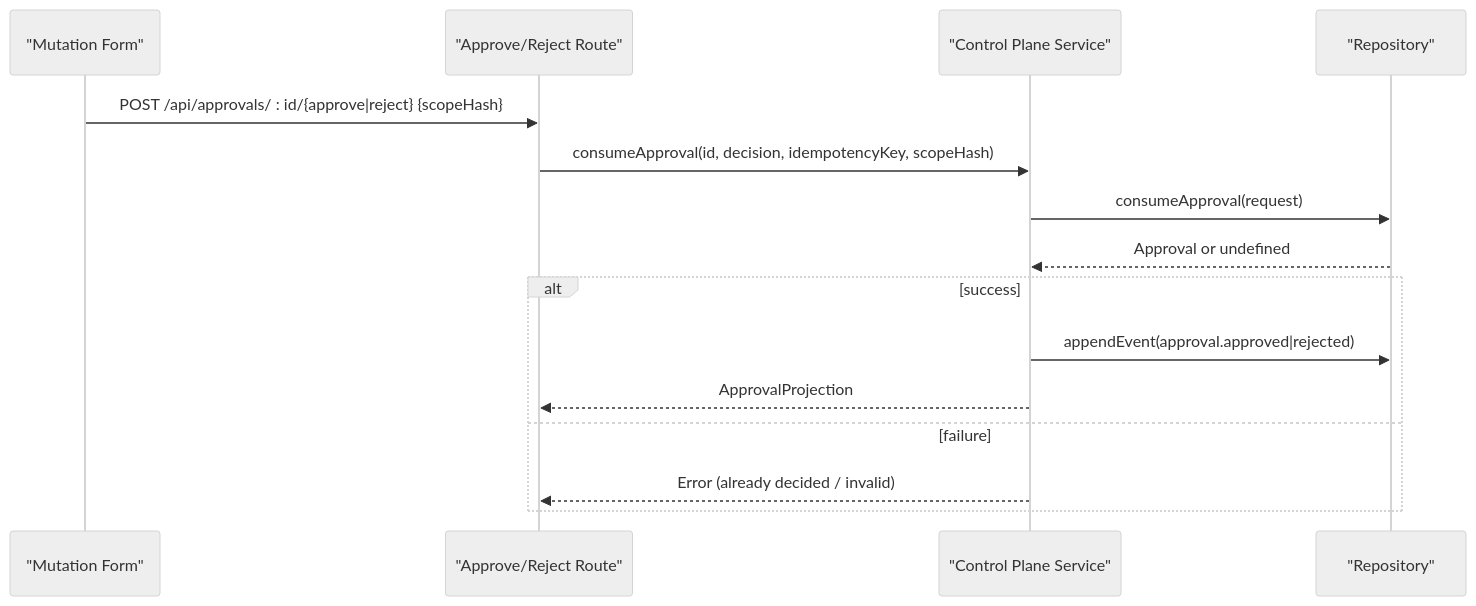
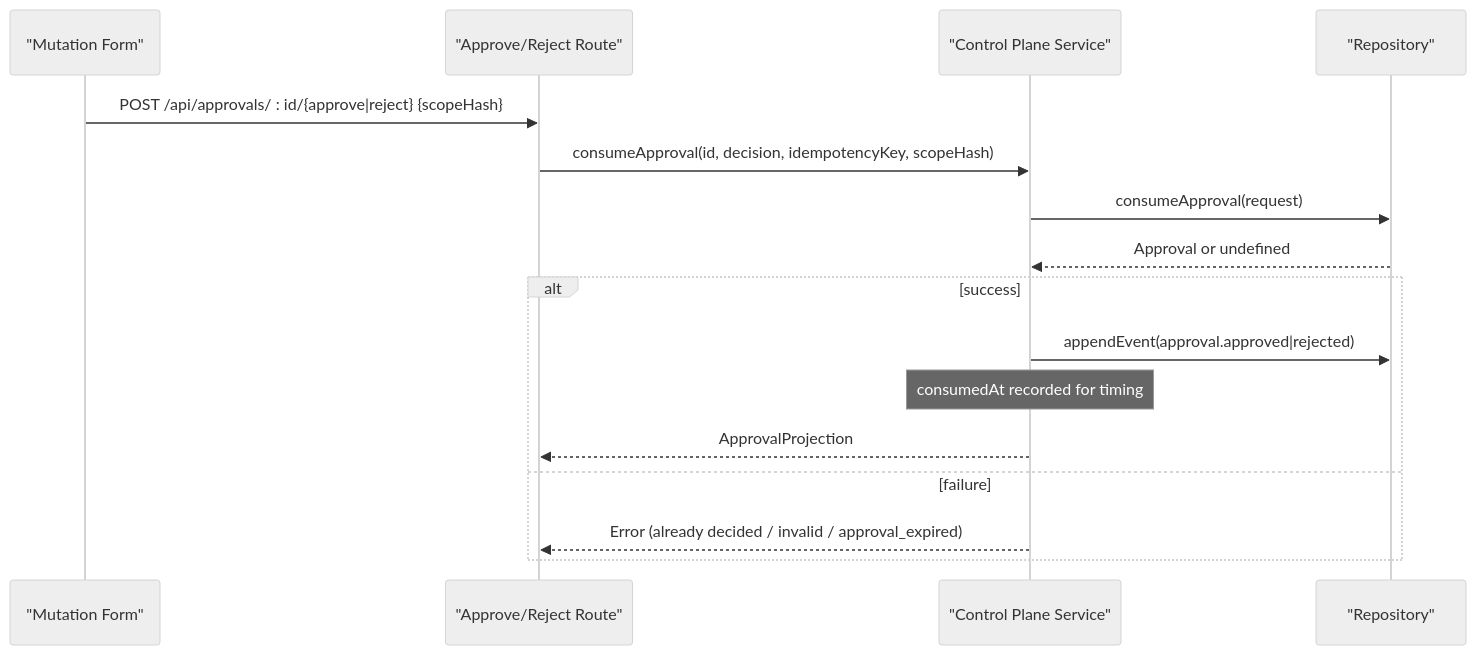
The fourth of 8 diagrams in .qoder/repowiki/en/content/Core Concepts/Approvals and Human Intervention.md (vmyazin/agent-os-passerine), drawn with Mermaid (neutral theme) before and after one commit. The commit also changed other lines of this file and 133 other files, not shown here.

````diff
--- a/.qoder/repowiki/en/content/Core Concepts/Approvals and Human Intervention.md
+++ b/.qoder/repowiki/en/content/Core Concepts/Approvals and Human Intervention.md
@@ -179,17 +205,18 @@
 ```mermaid
 sequenceDiagram
 participant UI as "Mutation Form"
 participant Route as "Approve/Reject Route"
 participant Svc as "Control Plane Service"
 participant DB as "Repository"
 UI->>Route : POST /api/approvals/ : id/{approve|reject} {scopeHash}
 Route->>Svc : consumeApproval(id, decision, idempotencyKey, scopeHash)
 Svc->>DB : consumeApproval(request)
 DB-->>Svc : Approval or undefined
 alt success
 Svc->>DB : appendEvent(approval.approved|rejected)
+Note over Svc : consumedAt recorded for timing
 Svc-->>Route : ApprovalProjection
 else failure
-Svc-->>Route : Error (already decided / invalid)
+Svc-->>Route : Error (already decided / invalid / approval_expired)
 end
 ```
````
